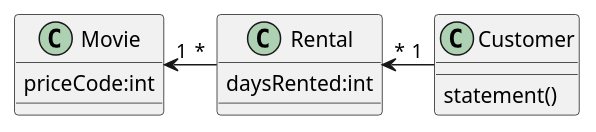
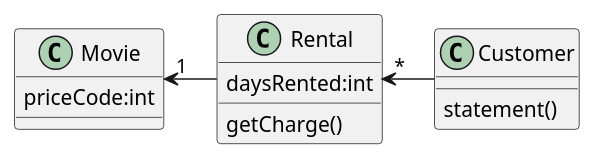
Before and after one commit to k2works/etude_for_java: the second of 3 diagrams in docs/src/refacotring.md, drawn with PlantUML. The commit also changed other lines of this file and 8 other files, not shown here.

````diff
--- a/docs/src/refacotring.md
+++ b/docs/src/refacotring.md
@@ -41,13 +42,14 @@
 ```puml
 class Movie {
   priceCode:int
 }
 class Rental {
   daysRented:int
+  getCharge()
 }
 class Customer {
   statement()
 }
-Movie "1"<-"*" Rental
-Rental "*"<-"1" Customer
+Movie "1"<- Rental
+Rental "*"<- Customer
 ```
````
